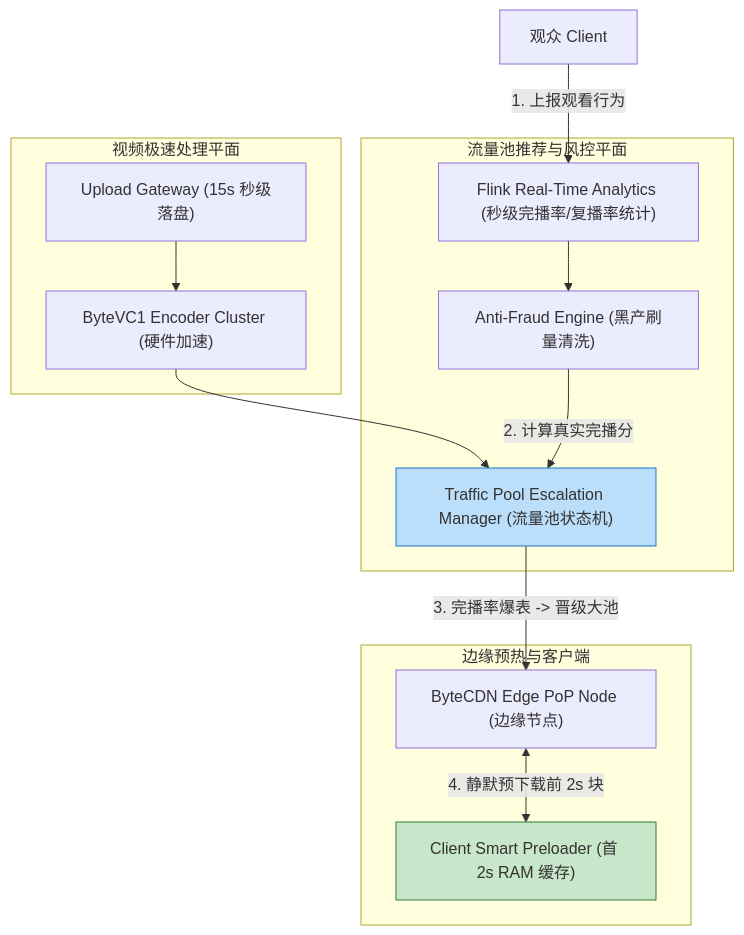
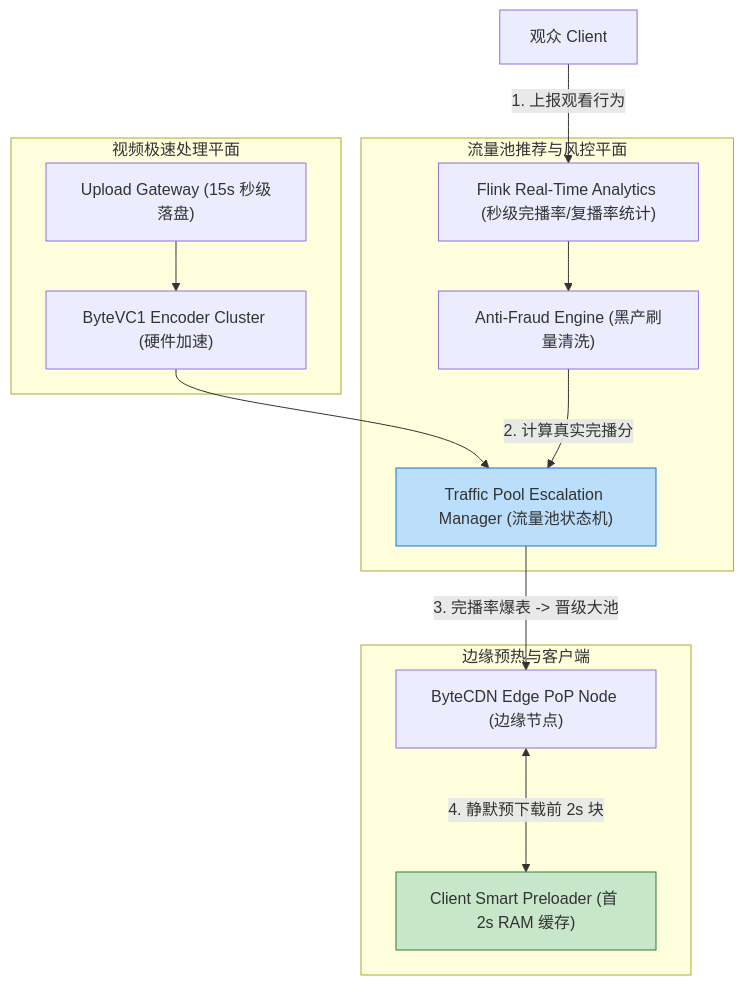
Before and after one commit to koosai/AI-Architect-Learning: the fourth of 6 diagrams in docs/atlas/tiktok.mdx, drawn with Mermaid. The commit also changed other lines of this file and 68 other files, not shown here.

Commit message:
fix(atlas): fix browser client-side Mermaid rendering for mindmaps and flowcharts across 67 case studies

````diff
--- a/docs/atlas/tiktok.mdx
+++ b/docs/atlas/tiktok.mdx
@@ -126,31 +126,31 @@
 ```mermaid
 graph TB
   subgraph VideoProcessing["视频极速处理平面"]
     UploadGate["Upload Gateway (15s 秒级落盘)"]
     ByteVC1Engine["ByteVC1 Encoder Cluster (硬件加速)"]
   end
 
   subgraph TrafficEscalationPlane["流量池推荐与风控平面"]
     PoolTracker["Traffic Pool Escalation Manager (流量池状态机)"]
     FlinkMetrics["Flink Real-Time Analytics (秒级完播率/复播率统计)"]
     AntiFraudEngine["Anti-Fraud Engine (黑产刷量清洗)"]
   end
 
   subgraph EdgeDelivery["边缘预热与客户端"]
     ByteCDNEgeNode["ByteCDN Edge PoP Node (边缘节点)"]
     ClientPreloadManager["Client Smart Preloader (首 2s RAM 缓存)"]
   end
 
   UploadGate --> ByteVC1Engine
   ByteVC1Engine --> PoolTracker
   
   ViewerClient["观众 Client"] -->|1. 上报观看行为| FlinkMetrics
   FlinkMetrics --> AntiFraudEngine
   AntiFraudEngine -->|2. 计算真实完播分| PoolTracker
   
   PoolTracker -- "3. 完播率爆表 -> 晋级大池" --> ByteCDNEgeNode
-  ByteCDNEgeNode <-->|4. 静默预下载前 2s 块| ClientPreloadManager
+  ByteCDNEgeNode <--->|4. 静默预下载前 2s 块| ClientPreloadManager
 
   style PoolTracker fill:#bbdefb,stroke:#1976d2
   style ClientPreloadManager fill:#c8e6c9,stroke:#2e7d32
 ```
````
